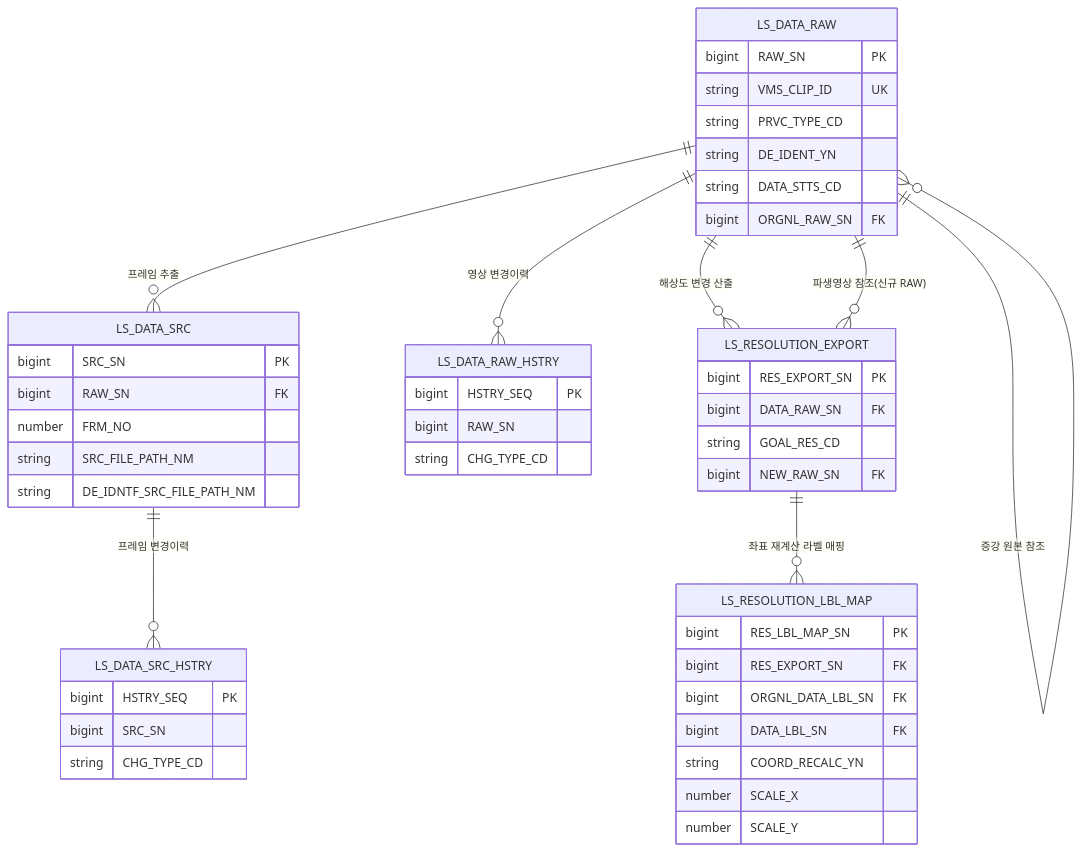
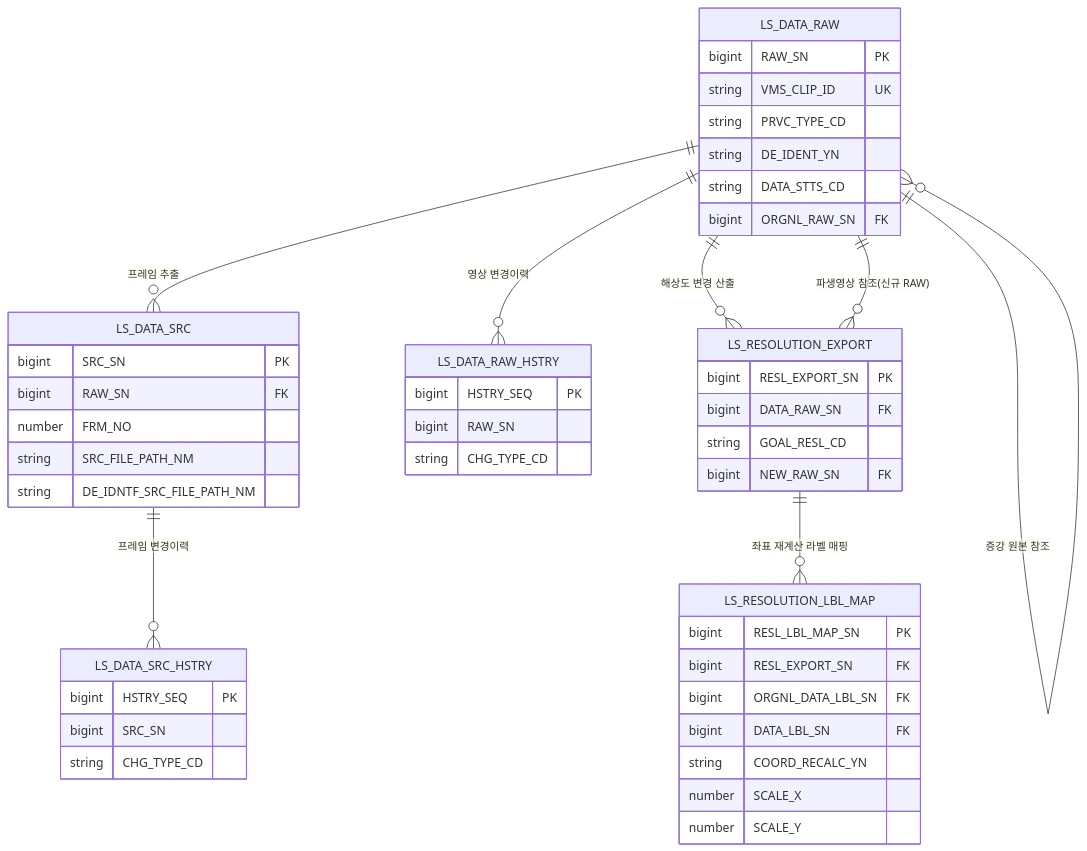
Before and after one commit to New-stella/klid-label: the first of 16 diagrams in docs/design-full/D8-엔티티관계모형설계서.md, drawn with Mermaid. The commit also changed other lines of this file and 22 other files, not shown here.

First line of the commit message:
refactor(db): RES 약어 드리프트를 사업표준단어로 통일 (RESL/RESP)

````diff
--- a/docs/design-full/D8-엔티티관계모형설계서.md
+++ b/docs/design-full/D8-엔티티관계모형설계서.md
@@ -57,50 +57,50 @@
 ```mermaid
 erDiagram
     LS_DATA_RAW ||--o{ LS_DATA_SRC : "프레임 추출"
     LS_DATA_RAW ||--o{ LS_DATA_RAW_HSTRY : "영상 변경이력"
     LS_DATA_SRC ||--o{ LS_DATA_SRC_HSTRY : "프레임 변경이력"
     LS_DATA_RAW ||--o{ LS_RESOLUTION_EXPORT : "해상도 변경 산출"
     LS_RESOLUTION_EXPORT }o--|| LS_DATA_RAW : "파생영상 참조(신규 RAW)"
     LS_RESOLUTION_EXPORT ||--o{ LS_RESOLUTION_LBL_MAP : "좌표 재계산 라벨 매핑"
     LS_DATA_RAW ||--o{ LS_DATA_RAW : "증강 원본 참조"
     LS_DATA_RAW {
         bigint RAW_SN PK
         string VMS_CLIP_ID UK
         string PRVC_TYPE_CD
         string DE_IDENT_YN
         string DATA_STTS_CD
         bigint ORGNL_RAW_SN FK
     }
     LS_DATA_SRC {
         bigint SRC_SN PK
         bigint RAW_SN FK
         number FRM_NO
         string SRC_FILE_PATH_NM
         string DE_IDNTF_SRC_FILE_PATH_NM
     }
     LS_DATA_RAW_HSTRY {
         bigint HSTRY_SEQ PK
         bigint RAW_SN
         string CHG_TYPE_CD
     }
     LS_DATA_SRC_HSTRY {
         bigint HSTRY_SEQ PK
         bigint SRC_SN
         string CHG_TYPE_CD
     }
     LS_RESOLUTION_EXPORT {
-        bigint RES_EXPORT_SN PK
+        bigint RESL_EXPORT_SN PK
         bigint DATA_RAW_SN FK
-        string GOAL_RES_CD
+        string GOAL_RESL_CD
         bigint NEW_RAW_SN FK
     }
     LS_RESOLUTION_LBL_MAP {
-        bigint RES_LBL_MAP_SN PK
-        bigint RES_EXPORT_SN FK
+        bigint RESL_LBL_MAP_SN PK
+        bigint RESL_EXPORT_SN FK
         bigint ORGNL_DATA_LBL_SN FK
         bigint DATA_LBL_SN FK
         string COORD_RECALC_YN
         number SCALE_X
         number SCALE_Y
     }
 ```
````
